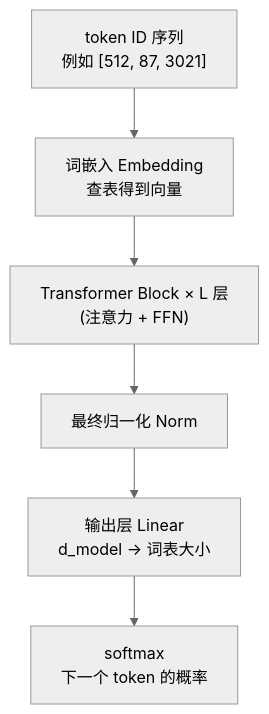
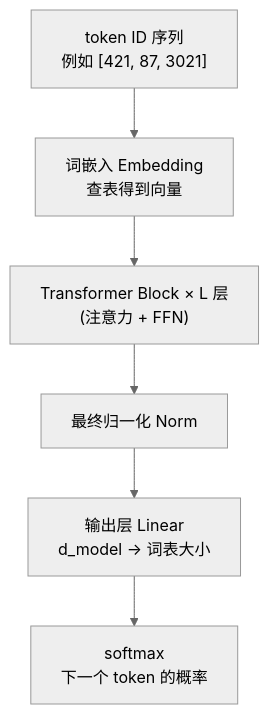
The first of 4 diagrams in docs/chapters/ch03-architectures.md (LeeGerry/CS336), drawn with Mermaid (neutral theme) before and after one commit. The commit also changed other lines of this file and 1 other file, not shown here.

````diff
--- a/docs/chapters/ch03-architectures.md
+++ b/docs/chapters/ch03-architectures.md
@@ -55,8 +55,8 @@
 ```mermaid
 flowchart TB
-    A["token ID 序列<br/>例如 [512, 87, 3021]"] --> B["词嵌入 Embedding<br/>查表得到向量"]
+    A["token ID 序列<br/>例如 [421, 87, 3021]"] --> B["词嵌入 Embedding<br/>查表得到向量"]
     B --> C["Transformer Block × L 层<br/>(注意力 + FFN)"]
     C --> D["最终归一化 Norm"]
     D --> E["输出层 Linear<br/>d_model → 词表大小"]
     E --> F["softmax<br/>下一个 token 的概率"]
 ```
````
